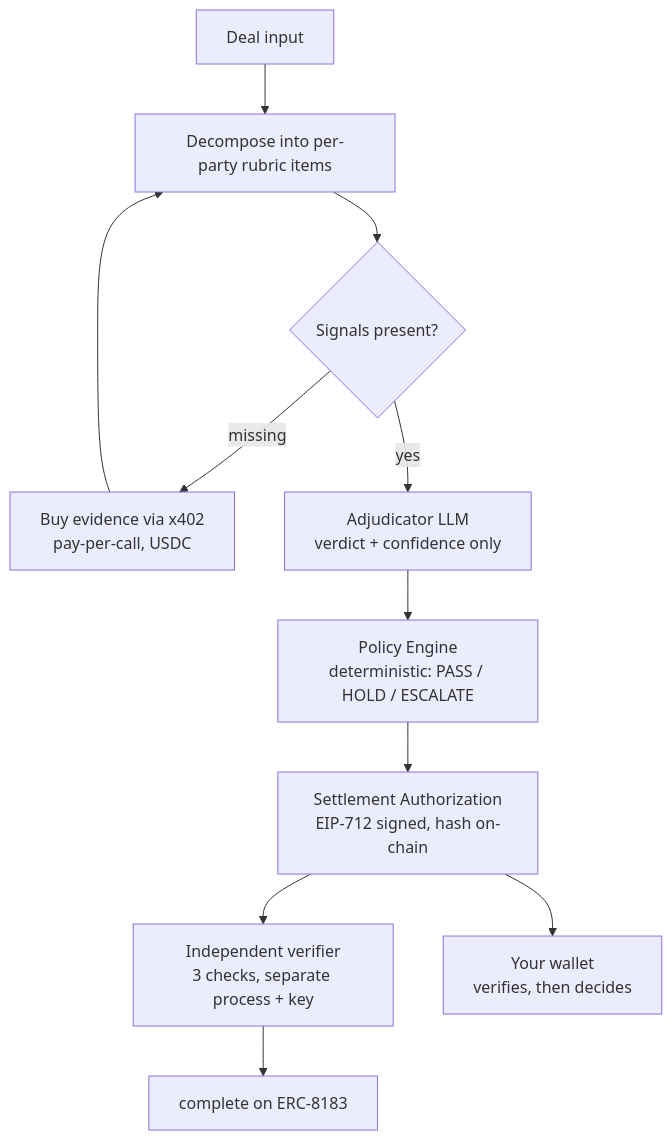
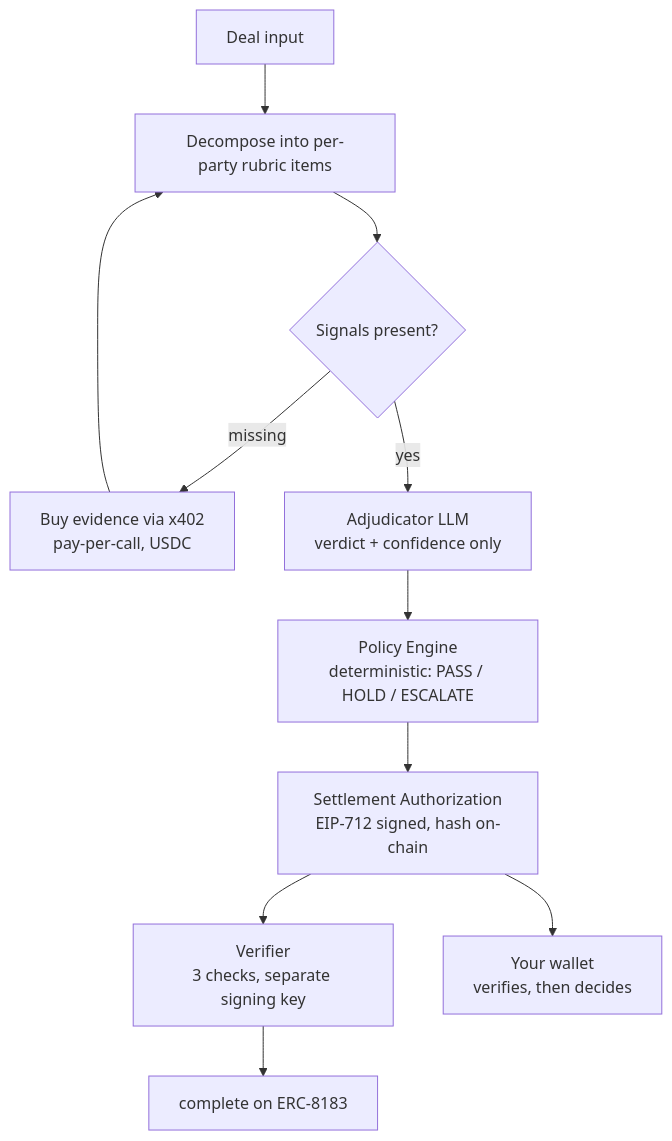
Before and after one commit to web3yaso/citely-deal-desk: the diagram in README.md, drawn with Mermaid. The commit also changed other lines of this file and 24 other files, not shown here.

````diff
--- a/README.md
+++ b/README.md
@@ -78,13 +78,13 @@
 ```mermaid
 flowchart TD
     A[Deal input] --> B[Decompose into per-party rubric items]
     B --> C{Signals present?}
     C -- missing --> D[Buy evidence via x402<br/>pay-per-call, USDC]
     D --> B
     C -- yes --> E[Adjudicator LLM<br/>verdict + confidence only]
     E --> F[Policy Engine<br/>deterministic: PASS / HOLD / ESCALATE]
     F --> G[Settlement Authorization<br/>EIP-712 signed, hash on-chain]
-    G --> H[Independent verifier<br/>3 checks, separate process + key]
+    G --> H[Verifier<br/>3 checks, separate signing key]
     H --> I[complete on ERC-8183]
     G --> J[Your wallet<br/>verifies, then decides]
 ```
````
